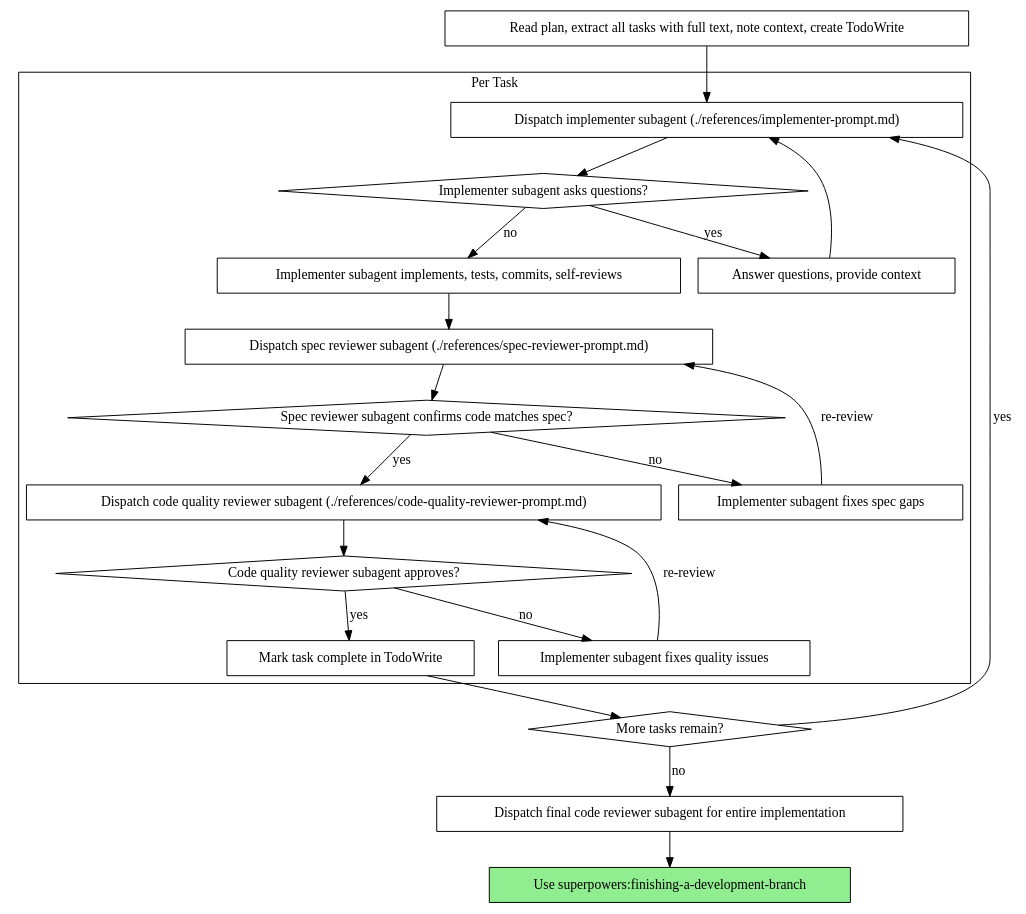
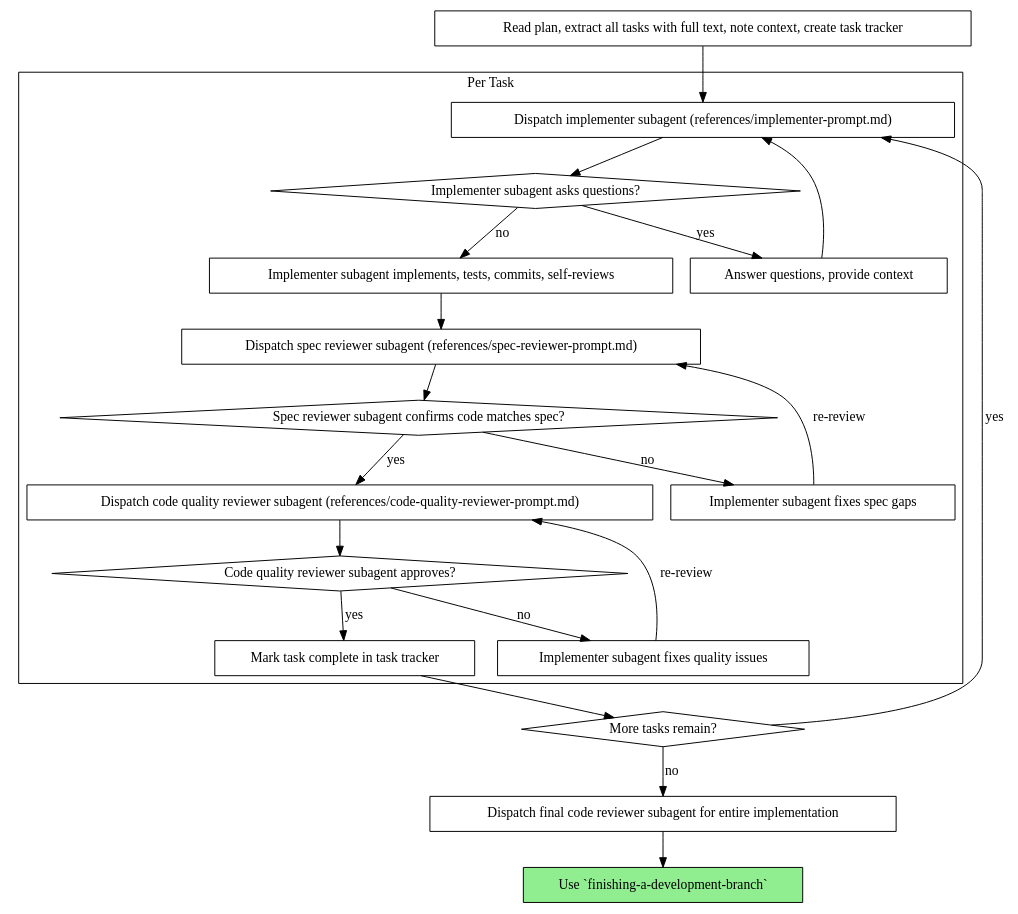
One commit to pascalandy/dotfiles changed the second of 2 diagrams in dot_config/archived_ai_templates/archived_skills/_META_POTENTIAL/superpowers/references/subagent-driven-development/MetaSkill.md. Above: the diagram before and after it, drawn with Graphviz. The commit also changed other lines of this file and 41 other files, not shown here.

````diff
--- a/dot_config/archived_ai_templates/archived_skills/_META_POTENTIAL/superpowers/references/subagent-driven-development/MetaSkill.md
+++ b/dot_config/archived_ai_templates/archived_skills/_META_POTENTIAL/superpowers/references/subagent-driven-development/MetaSkill.md
@@ -42,44 +42,44 @@
 ```dot
 digraph process {
     rankdir=TB;
 
     subgraph cluster_per_task {
         label="Per Task";
-        "Dispatch implementer subagent (./references/implementer-prompt.md)" [shape=box];
+        "Dispatch implementer subagent (references/implementer-prompt.md)" [shape=box];
         "Implementer subagent asks questions?" [shape=diamond];
         "Answer questions, provide context" [shape=box];
         "Implementer subagent implements, tests, commits, self-reviews" [shape=box];
-        "Dispatch spec reviewer subagent (./references/spec-reviewer-prompt.md)" [shape=box];
+        "Dispatch spec reviewer subagent (references/spec-reviewer-prompt.md)" [shape=box];
         "Spec reviewer subagent confirms code matches spec?" [shape=diamond];
         "Implementer subagent fixes spec gaps" [shape=box];
-        "Dispatch code quality reviewer subagent (./references/code-quality-reviewer-prompt.md)" [shape=box];
+        "Dispatch code quality reviewer subagent (references/code-quality-reviewer-prompt.md)" [shape=box];
         "Code quality reviewer subagent approves?" [shape=diamond];
         "Implementer subagent fixes quality issues" [shape=box];
-        "Mark task complete in TodoWrite" [shape=box];
+        "Mark task complete in task tracker" [shape=box];
     }
 
-    "Read plan, extract all tasks with full text, note context, create TodoWrite" [shape=box];
+    "Read plan, extract all tasks with full text, note context, create task tracker" [shape=box];
     "More tasks remain?" [shape=diamond];
     "Dispatch final code reviewer subagent for entire implementation" [shape=box];
-    "Use superpowers:finishing-a-development-branch" [shape=box style=filled fillcolor=lightgreen];
+    "Use `finishing-a-development-branch`" [shape=box style=filled fillcolor=lightgreen];
 
-    "Read plan, extract all tasks with full text, note context, create TodoWrite" -> "Dispatch implementer subagent (./references/implementer-prompt.md)";
-    "Dispatch implementer subagent (./references/implementer-prompt.md)" -> "Implementer subagent asks questions?";
+    "Read plan, extract all tasks with full text, note context, create task tracker" -> "Dispatch implementer subagent (references/implementer-prompt.md)";
+    "Dispatch implementer subagent (references/implementer-prompt.md)" -> "Implementer subagent asks questions?";
     "Implementer subagent asks questions?" -> "Answer questions, provide context" [label="yes"];
-    "Answer questions, provide context" -> "Dispatch implementer subagent (./references/implementer-prompt.md)";
+    "Answer questions, provide context" -> "Dispatch implementer subagent (references/implementer-prompt.md)";
     "Implementer subagent asks questions?" -> "Implementer subagent implements, tests, commits, self-reviews" [label="no"];
-    "Implementer subagent implements, tests, commits, self-reviews" -> "Dispatch spec reviewer subagent (./references/spec-reviewer-prompt.md)";
-    "Dispatch spec reviewer subagent (./references/spec-reviewer-prompt.md)" -> "Spec reviewer subagent confirms code matches spec?";
+    "Implementer subagent implements, tests, commits, self-reviews" -> "Dispatch spec reviewer subagent (references/spec-reviewer-prompt.md)";
+    "Dispatch spec reviewer subagent (references/spec-reviewer-prompt.md)" -> "Spec reviewer subagent confirms code matches spec?";
     "Spec reviewer subagent confirms code matches spec?" -> "Implementer subagent fixes spec gaps" [label="no"];
-    "Implementer subagent fixes spec gaps" -> "Dispatch spec reviewer subagent (./references/spec-reviewer-prompt.md)" [label="re-review"];
-    "Spec reviewer subagent confirms code matches spec?" -> "Dispatch code quality reviewer subagent (./references/code-quality-reviewer-prompt.md)" [label="yes"];
-    "Dispatch code quality reviewer subagent (./references/code-quality-reviewer-prompt.md)" -> "Code quality reviewer subagent approves?";
+    "Implementer subagent fixes spec gaps" -> "Dispatch spec reviewer subagent (references/spec-reviewer-prompt.md)" [label="re-review"];
+    "Spec reviewer subagent confirms code matches spec?" -> "Dispatch code quality reviewer subagent (references/code-quality-reviewer-prompt.md)" [label="yes"];
+    "Dispatch code quality reviewer subagent (references/code-quality-reviewer-prompt.md)" -> "Code quality reviewer subagent approves?";
     "Code quality reviewer subagent approves?" -> "Implementer subagent fixes quality issues" [label="no"];
-    "Implementer subagent fixes quality issues" -> "Dispatch code quality reviewer subagent (./references/code-quality-reviewer-prompt.md)" [label="re-review"];
-    "Code quality reviewer subagent approves?" -> "Mark task complete in TodoWrite" [label="yes"];
-    "Mark task complete in TodoWrite" -> "More tasks remain?";
-    "More tasks remain?" -> "Dispatch implementer subagent (./references/implementer-prompt.md)" [label="yes"];
+    "Implementer subagent fixes quality issues" -> "Dispatch code quality reviewer subagent (references/code-quality-reviewer-prompt.md)" [label="re-review"];
+    "Code quality reviewer subagent approves?" -> "Mark task complete in task tracker" [label="yes"];
+    "Mark task complete in task tracker" -> "More tasks remain?";
+    "More tasks remain?" -> "Dispatch implementer subagent (references/implementer-prompt.md)" [label="yes"];
     "More tasks remain?" -> "Dispatch final code reviewer subagent for entire implementation" [label="no"];
-    "Dispatch final code reviewer subagent for entire implementation" -> "Use superpowers:finishing-a-development-branch";
+    "Dispatch final code reviewer subagent for entire implementation" -> "Use `finishing-a-development-branch`";
 }
 ```
````
